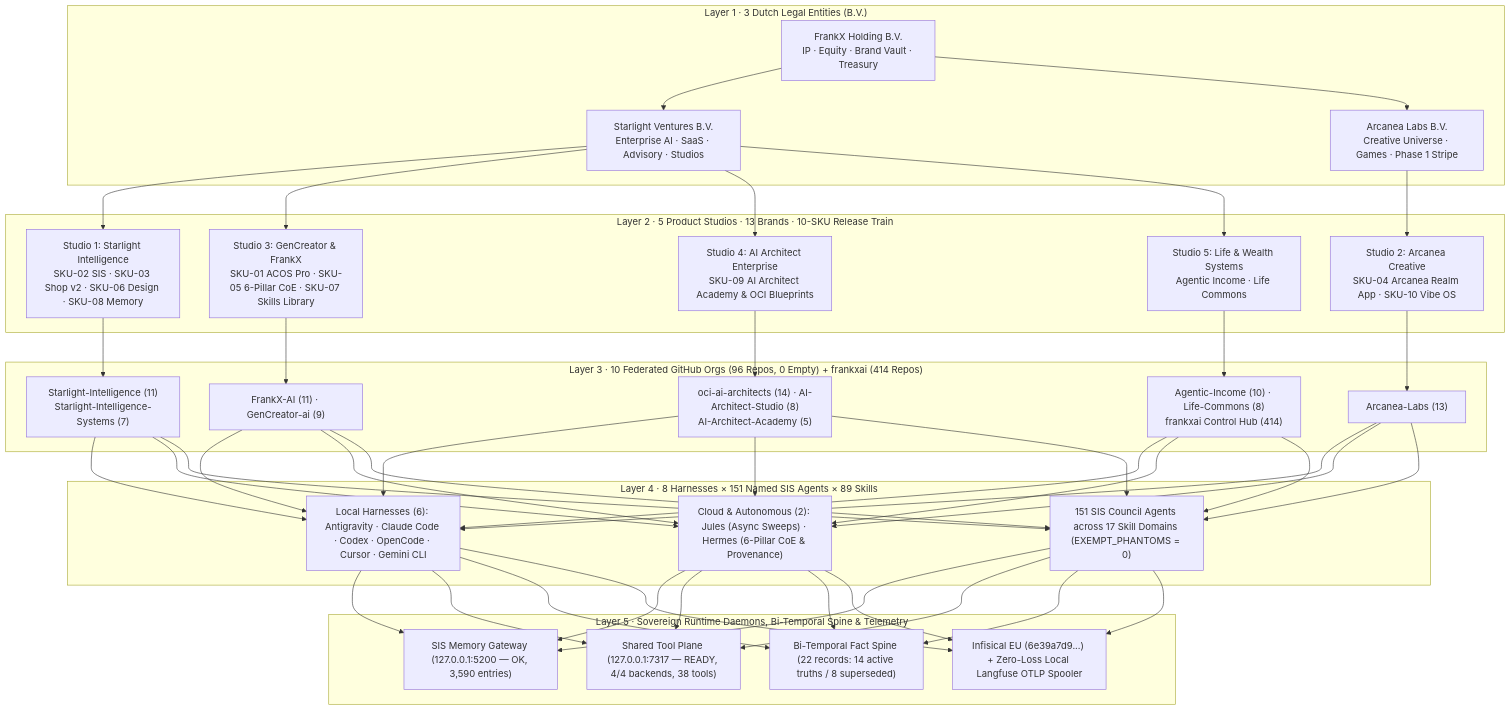
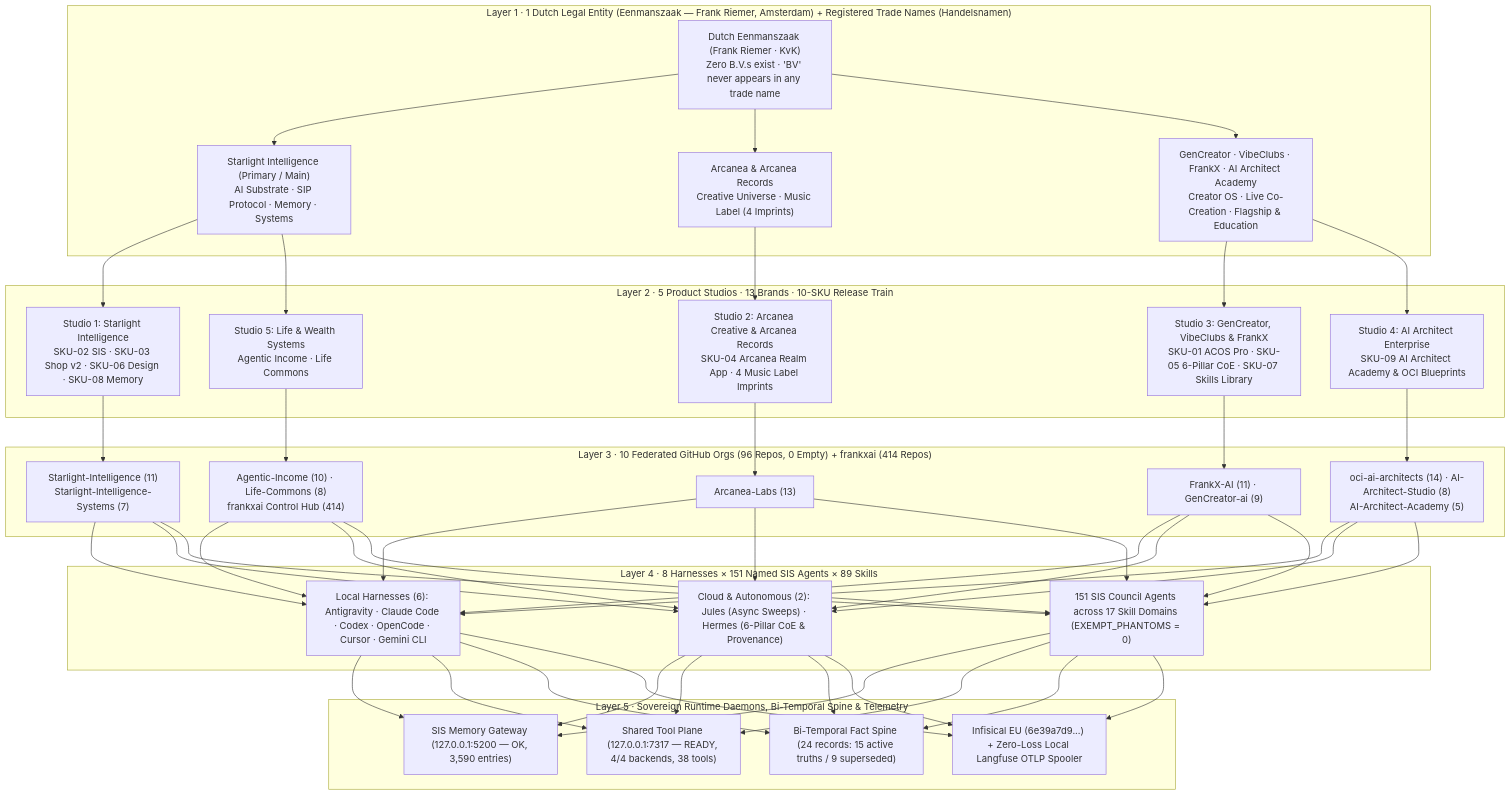
Before and after one commit to frankxai/Starlight-Intelligence-System: the diagram in docs/architecture/ESTATE-ARCHITECTURE-ATLAS-2026-10.md, drawn with Mermaid. The commit also changed 13 other files, not shown here.

Commit message:
fix(entity,memory,wiki,atlas): lock Single Dutch Eenmanszaak + registered KvK trade names and supersede 3-BV misconception

````diff
--- a/docs/architecture/ESTATE-ARCHITECTURE-ATLAS-2026-10.md
+++ b/docs/architecture/ESTATE-ARCHITECTURE-ATLAS-2026-10.md
@@ -25,48 +25,50 @@
 ```mermaid
 flowchart TB
-  subgraph L1["Layer 1 · 3 Dutch Legal Entities (B.V.)"]
-    BV1["FrankX Holding B.V.\nIP · Equity · Brand Vault · Treasury"]
-    BV2["Starlight Ventures B.V.\nEnterprise AI · SaaS · Advisory · Studios"]
-    BV3["Arcanea Labs B.V.\nCreative Universe · Games · Phase 1 Stripe"]
-    BV1 --> BV2 & BV3
+  subgraph L1["Layer 1 · 1 Dutch Legal Entity (Eenmanszaak — Frank Riemer, Amsterdam) + Registered Trade Names (Handelsnamen)"]
+    EZ["Dutch Eenmanszaak (Frank Riemer · KvK)\nZero B.V.s exist · 'BV' never appears in any trade name"]
+    TN1["Starlight Intelligence (Primary / Main)\nAI Substrate · SIP Protocol · Memory · Systems"]
+    TN2["Arcanea & Arcanea Records\nCreative Universe · Music Label (4 Imprints)"]
+    TN3["GenCreator · VibeClubs · FrankX · AI Architect Academy\nCreator OS · Live Co-Creation · Flagship & Education"]
+    EZ --> TN1 & TN2 & TN3
   end
 
   subgraph L2["Layer 2 · 5 Product Studios · 13 Brands · 10-SKU Release Train"]
     S1["Studio 1: Starlight Intelligence\nSKU-02 SIS · SKU-03 Shop v2 · SKU-06 Design · SKU-08 Memory"]
-    S2["Studio 2: Arcanea Creative\nSKU-04 Arcanea Realm App · SKU-10 Vibe OS"]
-    S3["Studio 3: GenCreator & FrankX\nSKU-01 ACOS Pro · SKU-05 6-Pillar CoE · SKU-07 Skills Library"]
+    S2["Studio 2: Arcanea Creative & Arcanea Records\nSKU-04 Arcanea Realm App · 4 Music Label Imprints"]
+    S3["Studio 3: GenCreator, VibeClubs & FrankX\nSKU-01 ACOS Pro · SKU-05 6-Pillar CoE · SKU-07 Skills Library"]
     S4["Studio 4: AI Architect Enterprise\nSKU-09 AI Architect Academy & OCI Blueprints"]
     S5["Studio 5: Life & Wealth Systems\nAgentic Income · Life Commons"]
   end
 
   subgraph L3["Layer 3 · 10 Federated GitHub Orgs (96 Repos, 0 Empty) + frankxai (414 Repos)"]
     O1["Starlight-Intelligence (11)\nStarlight-Intelligence-Systems (7)"]
     O2["Arcanea-Labs (13)"]
     O3["FrankX-AI (11) · GenCreator-ai (9)"]
     O4["oci-ai-architects (14) · AI-Architect-Studio (8)\nAI-Architect-Academy (5)"]
     O5["Agentic-Income (10) · Life-Commons (8)\nfrankxai Control Hub (414)"]
   end
 
   subgraph L4["Layer 4 · 8 Harnesses × 151 Named SIS Agents × 89 Skills"]
     H1["Local Harnesses (6): Antigravity · Claude Code · Codex · OpenCode · Cursor · Gemini CLI"]
     H2["Cloud & Autonomous (2): Jules (Async Sweeps) · Hermes (6-Pillar CoE & Provenance)"]
     H3["151 SIS Council Agents across 17 Skill Domains (EXEMPT_PHANTOMS = 0)"]
   end
 
   subgraph L5["Layer 5 · Sovereign Runtime Daemons, Bi-Temporal Spine & Telemetry"]
     D1["SIS Memory Gateway (127.0.0.1:5200 — OK, 3,590 entries)"]
     D2["Shared Tool Plane (127.0.0.1:7317 — READY, 4/4 backends, 38 tools)"]
-    D3["Bi-Temporal Fact Spine (22 records: 14 active truths / 8 superseded)"]
+    D3["Bi-Temporal Fact Spine (24 records: 15 active truths / 9 superseded)"]
     D4["Infisical EU (6e39a7d9...) + Zero-Loss Local Langfuse OTLP Spooler"]
   end
 
-  BV2 --> S1 & S3 & S4 & S5
-  BV3 --> S2
+  TN1 --> S1 & S5
+  TN2 --> S2
+  TN3 --> S3 & S4
   S1 --> O1
   S2 --> O2
   S3 --> O3
   S4 --> O4
   S5 --> O5
   O1 & O2 & O3 & O4 & O5 --> H1 & H2 & H3
   H1 & H2 & H3 --> D1 & D2 & D3 & D4
 ```
````
